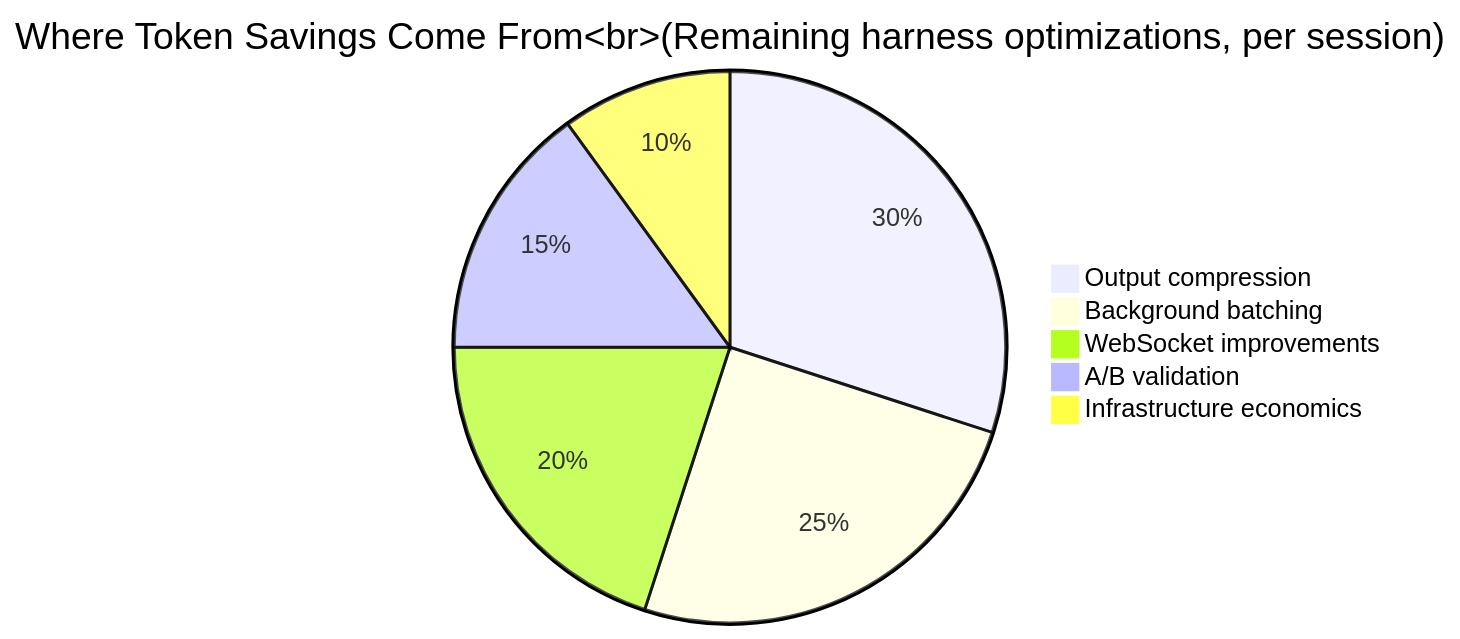
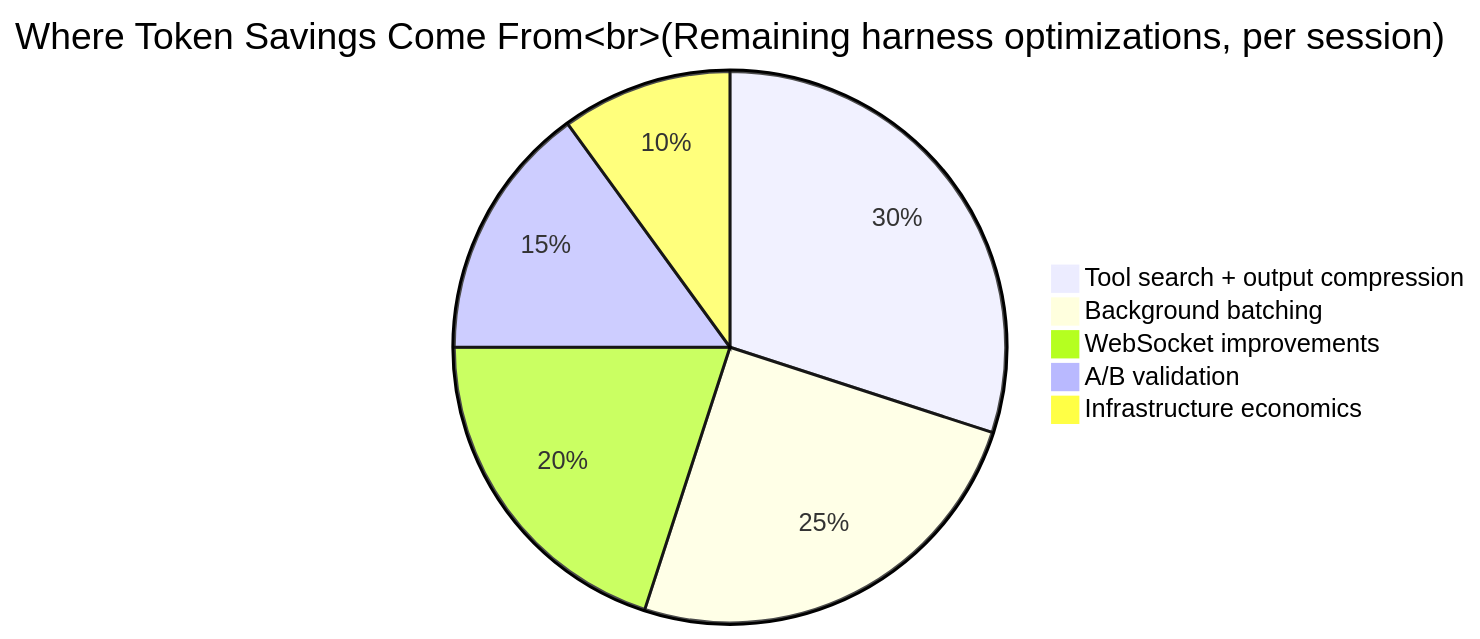
The third of 3 diagrams in token-economy-course/src/content/docs/en/09-under-the-hood.mdx (dandahprecio/vibe-on-budget), drawn with Mermaid before and after one commit. The commit also changed other lines of this file and 17 other files, not shown here.

````diff
--- a/token-economy-course/src/content/docs/en/09-under-the-hood.mdx
+++ b/token-economy-course/src/content/docs/en/09-under-the-hood.mdx
@@ -202,8 +202,8 @@
 ```mermaid
 pie title Where Token Savings Come From<br/>(Remaining harness optimizations, per session)
-    "Output compression" : 30
+    "Tool search + output compression" : 30
     "Background batching" : 25
     "WebSocket improvements" : 20
     "A/B validation" : 15
     "Infrastructure economics" : 10
 ```
````
